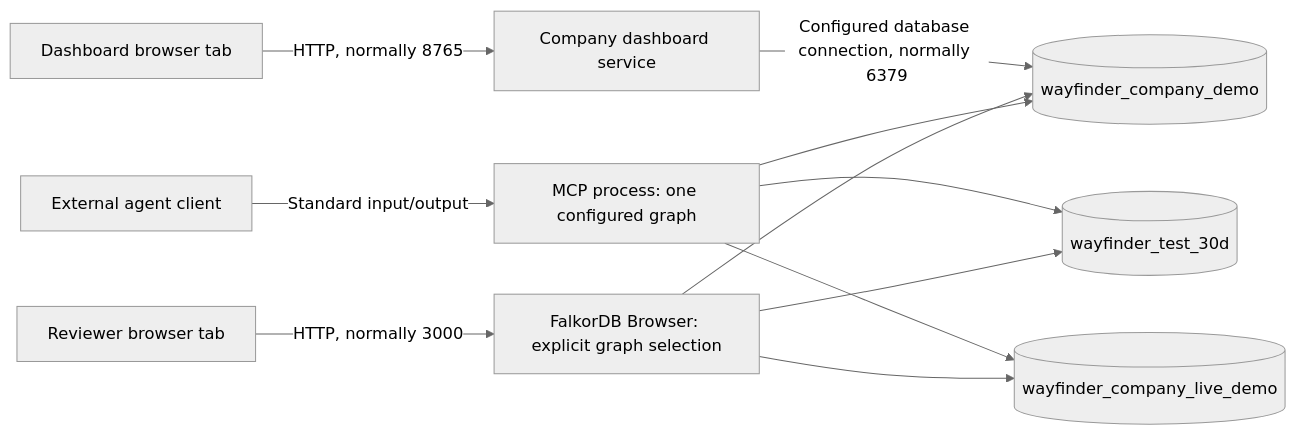
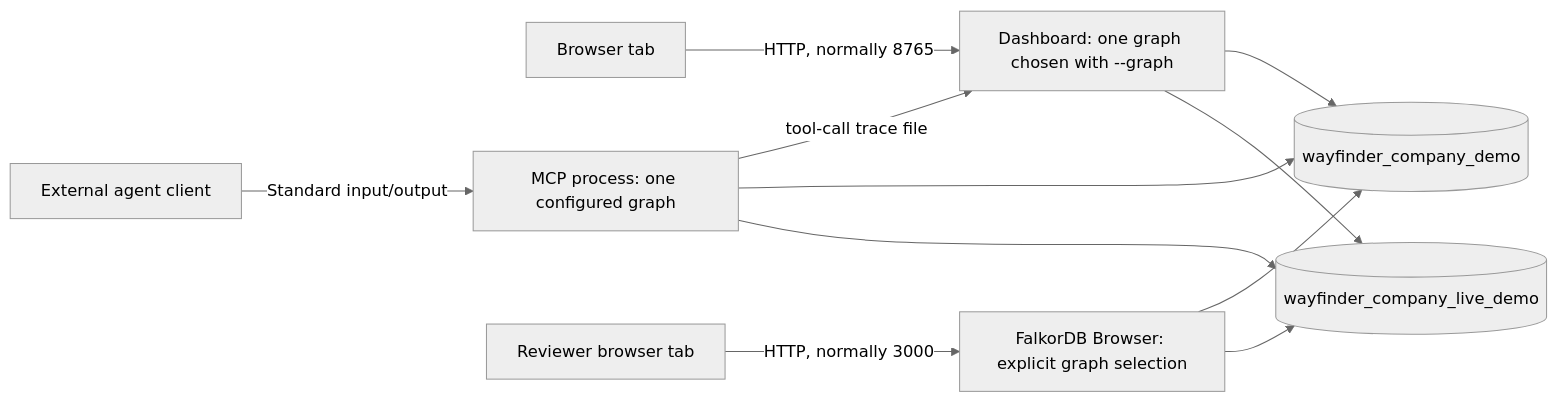
Before and after one commit to rohith-rr/Falkor-DB-hackathon-2: the diagram in docs/design/06-graph-access-and-demo-boundaries.md, drawn with Mermaid (neutral theme). The commit also changed other lines of this file and 16 other files, not shown here.

````diff
--- a/docs/design/06-graph-access-and-demo-boundaries.md
+++ b/docs/design/06-graph-access-and-demo-boundaries.md
@@ -25,13 +27,13 @@
 ```mermaid
 flowchart LR
-    WEB[Dashboard browser tab] -->|HTTP, normally 8765| DASH[Company dashboard service]
-    DASH -->|Configured database connection, normally 6379| COMPANY[(wayfinder_company_demo)]
+    WEB[Browser tab] -->|HTTP, normally 8765| DASH[Dashboard: one graph chosen with --graph]
+    DASH --> LIVE[(wayfinder_company_live_demo)]
+    DASH --> COMPANY[(wayfinder_company_demo)]
     AGENT[External agent client] -->|Standard input/output| MCP[MCP process: one configured graph]
+    MCP --> LIVE
     MCP --> COMPANY
-    MCP --> K8S[(wayfinder_test_30d)]
-    MCP --> LIVE[(wayfinder_company_live_demo)]
+    MCP -->|tool-call trace file| DASH
     REVIEWER[Reviewer browser tab] -->|HTTP, normally 3000| BROWSER[FalkorDB Browser: explicit graph selection]
+    BROWSER --> LIVE
     BROWSER --> COMPANY
-    BROWSER --> K8S
-    BROWSER --> LIVE
 ```
````
